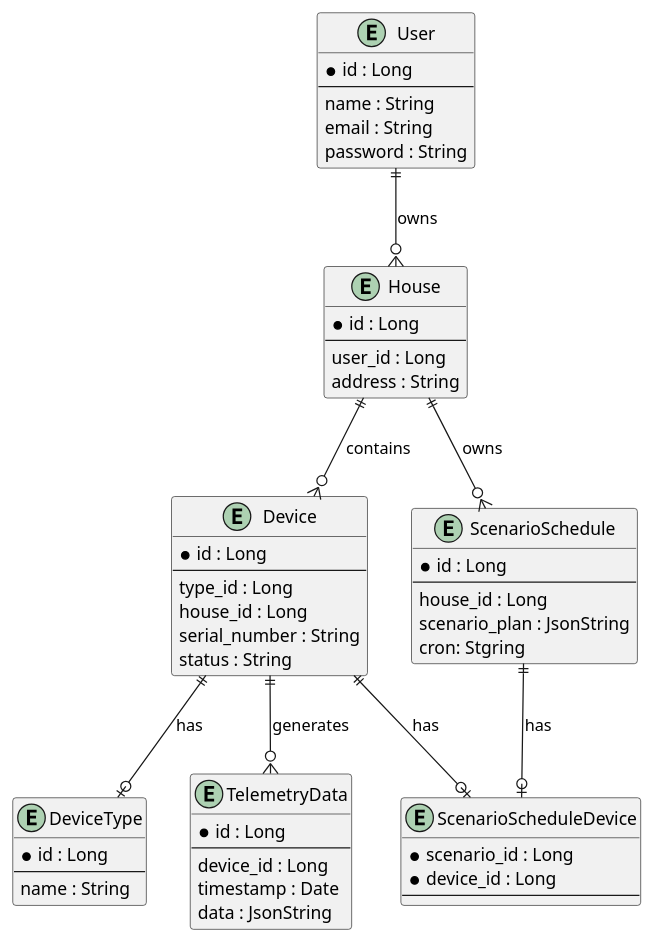
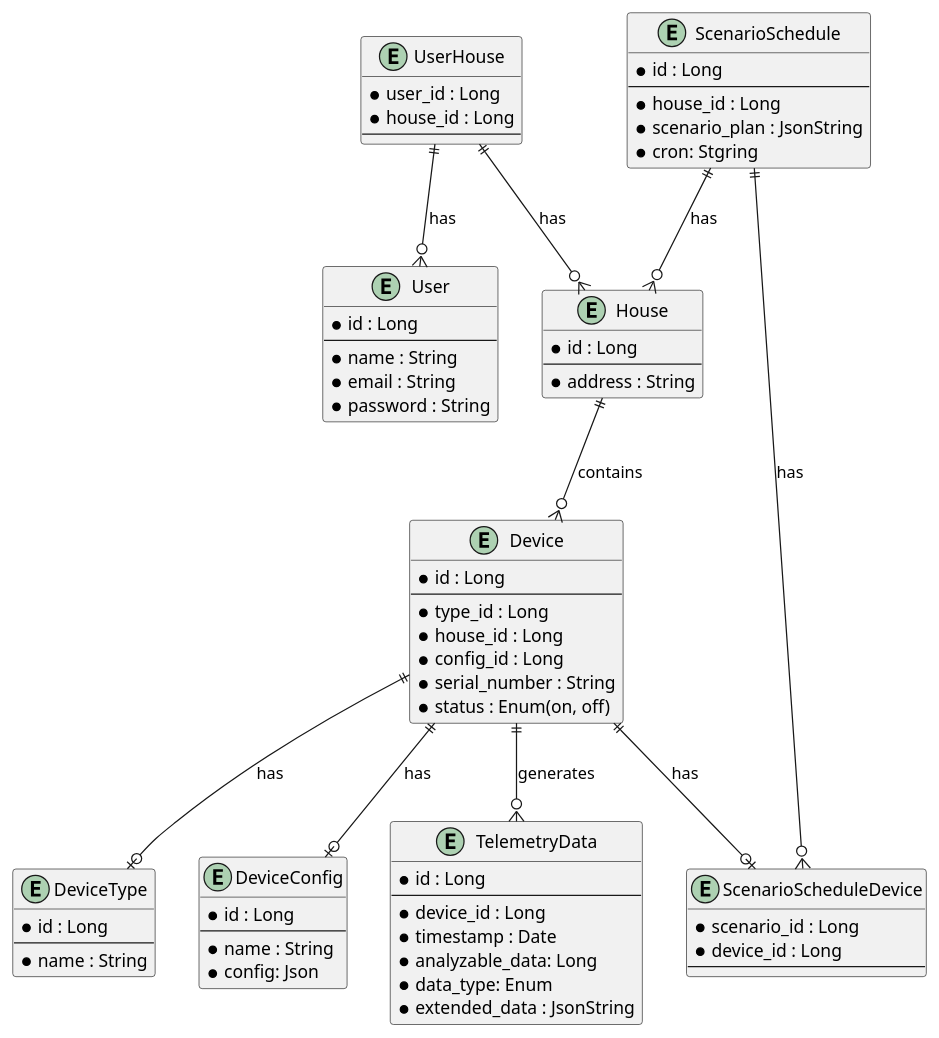
The diagram in diagramms/er.wsd (lavandosovich/yaa3), drawn with PlantUML before and after one commit. The commit also changed 6 other files, not shown here.

```diff
--- a/diagramms/er.wsd
+++ b/diagramms/er.wsd
@@ -1,62 +1,84 @@
 @startuml
 entity "User" as user {
     * id : Long
     --
-    name : String
-    email : String
-    password : String
+    * name : String
+    * email : String
+    * password : String
 }
 
 entity "House" as house {
     * id : Long
     --
-    user_id : Long
-    address : String
+    * address : String
 }
 
 entity "Device" as device {
     * id : Long
     --
-    type_id : Long
-    house_id : Long
-    serial_number : String
-    status : String
+    * type_id : Long
+    * house_id : Long
+    * config_id : Long
+    * serial_number : String
+    * status : Enum(on, off)
 }
 
 entity "DeviceType" as deviceType {
     * id : Long
     --
-    name : String
+    * name : String
 }
+
+entity "DeviceConfig" as deviceConfig {
+    * id : Long
+    --
+    * name : String
+    * config: Json
+}
+
 
 entity "TelemetryData" as telemetryData {
     * id : Long
     --
-    device_id : Long
-    timestamp : Date
-    data : JsonString
+    * device_id : Long
+    * timestamp : Date
+    * analyzable_data: Long
+    * data_type: Enum
+    * extended_data : JsonString
 }
 
 
 entity "ScenarioSchedule" as scenarioSchedule {
     * id : Long
     --
-    house_id : Long
-    scenario_plan : JsonString
-    cron: Stgring
+    * house_id : Long
+    * scenario_plan : JsonString
+    * cron: Stgring
 }
 
 entity "ScenarioScheduleDevice" as scenarioScheduleDevice {
     * scenario_id : Long
     * device_id : Long
     --
 }
 
-user ||--o{ house : "owns"
+entity "UserHouse" as userHouse {
+    * user_id : Long
+    * house_id : Long
+    --
+}
+
 house ||--o{ device : "contains"
+
 device ||--o| deviceType : "has"
+device ||--o| deviceConfig : "has"
 device ||--o{ telemetryData : "generates"
 device ||--o| scenarioScheduleDevice : "has"
-scenarioSchedule ||--o| scenarioScheduleDevice : "has"
-house ||--o{ scenarioSchedule : "owns"
+
+scenarioSchedule ||--o{ scenarioScheduleDevice : "has"
+scenarioSchedule ||--o{ house : "has"
+
+userHouse ||--o{ user : "has"
+userHouse ||--o{ house : "has"
+
 @enduml
```
